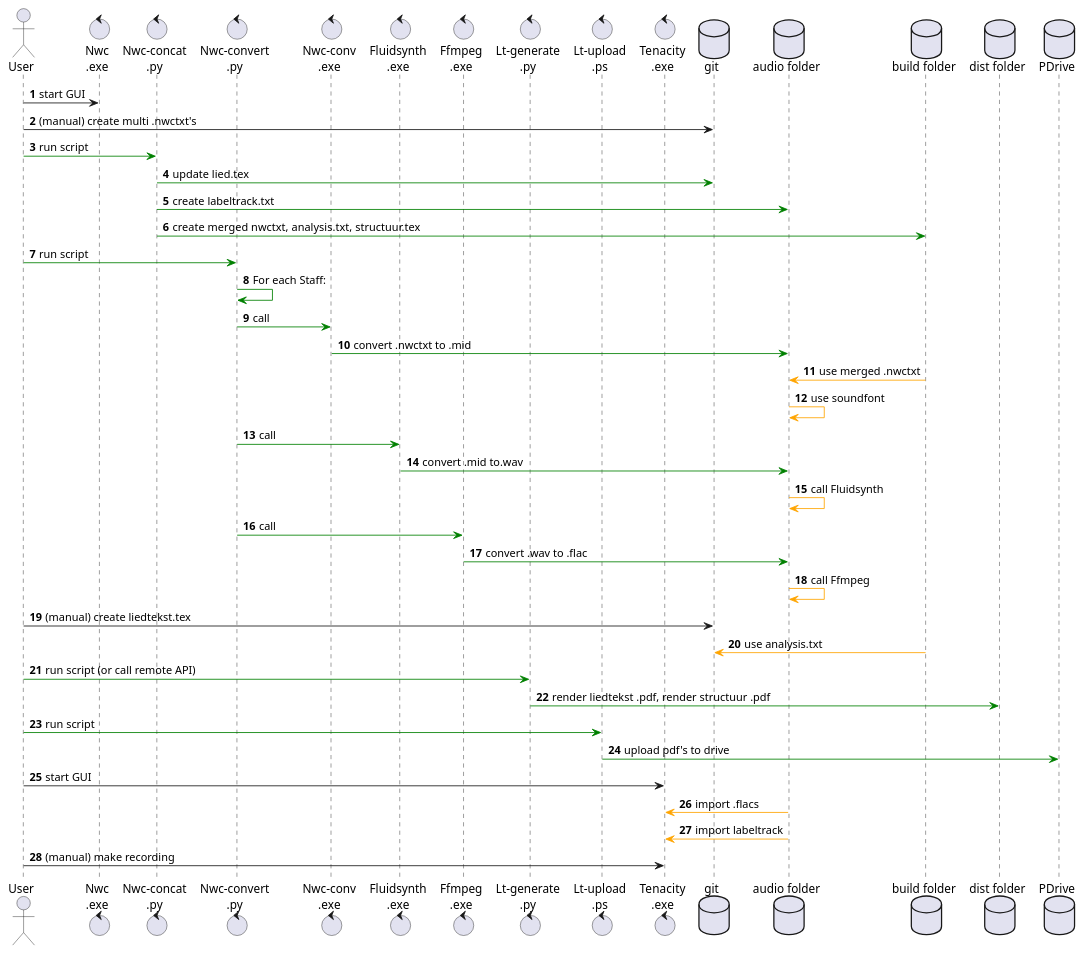
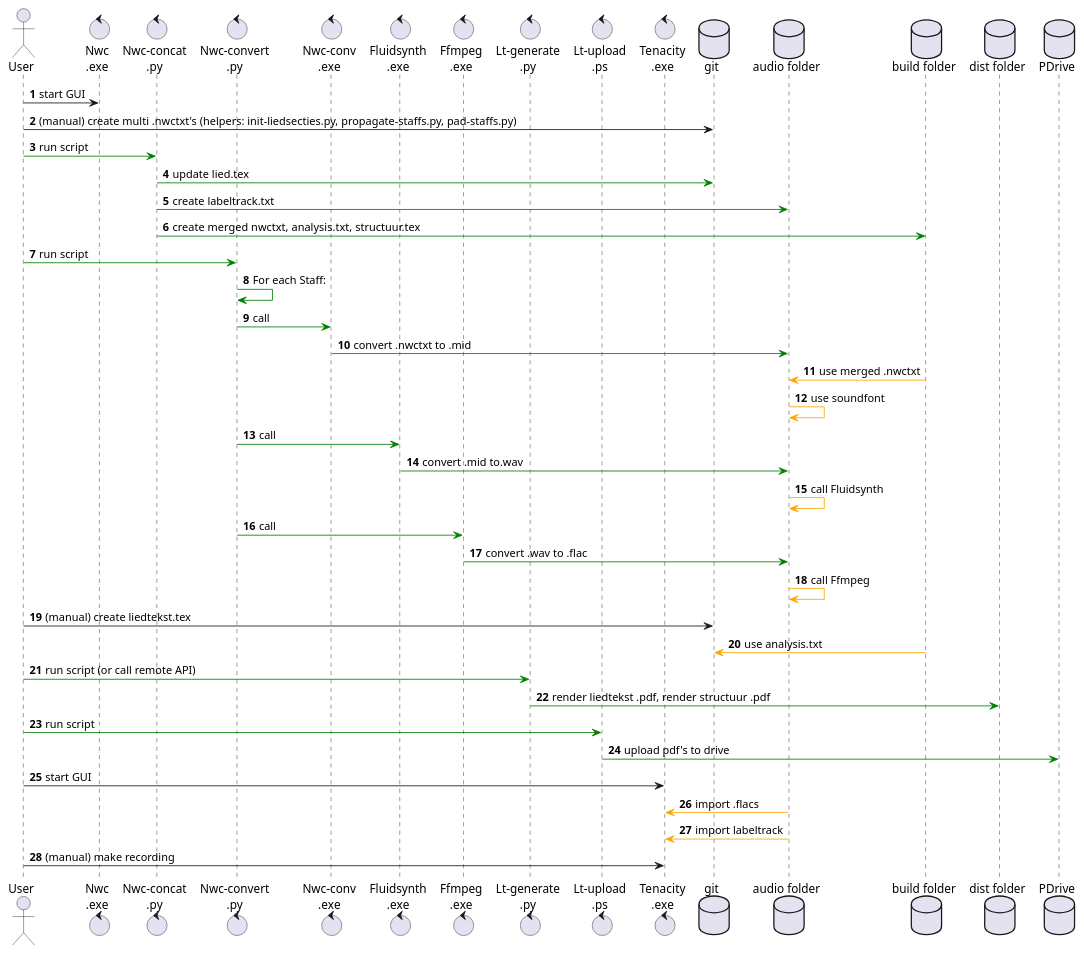
Before and after one commit to real70discohits/liedteksten-code: the diagram in project/muziekproductie-workflow.pu, drawn with PlantUML. The commit also changed 1 other file, not shown here.

Commit message:
Update muziekprod schema

```diff
--- a/project/muziekproductie-workflow.pu
+++ b/project/muziekproductie-workflow.pu
@@ -1,58 +1,58 @@
 @startuml
 actor       User       as u1
 control     "Nwc\n.exe"     as nwc
 control     "Nwc-concat\n.py"      as nwconcpy
 control     "Nwc-convert\n.py"      as nwconvpy
 control     "Nwc-conv\n.exe"  as nwconvexe
 control     "Fluidsynth\n.exe"   as fluid
 control     "Ffmpeg\n.exe" as ffmpeg
 control     "Lt-generate\n.py" as ltgenerate
 control     "Lt-upload\n.ps"    as ltupload
 control     "Tenacity\n.exe"  as tenacity
 database    "git" as repos
 database    "audio folder" as audio
 database    "build folder" as build
 database    "dist folder" as dist
 database    PDrive as pdrive
 
 autonumber
 u1 -> nwc : start GUI
-u1 -> repos: (manual) create multi .nwctxt's
+u1 -> repos: (manual) create multi .nwctxt's (helpers: init-liedsecties.py, propagate-staffs.py, pad-staffs.py)
 u1 -[#green]> nwconcpy : run script
 
 ' concat
 nwconcpy -[#green]> repos: update lied.tex
 nwconcpy -[#green]> audio : create labeltrack.txt
 nwconcpy -[#green]> build: create merged nwctxt, analysis.txt, structuur.tex
 
 ' convert
 u1 -[#green]> nwconvpy : run script
 nwconvpy -[#green]> nwconvpy: For each Staff:
 nwconvpy -[#green]> nwconvexe : call
 nwconvexe -[#green]> audio: convert .nwctxt to .mid
 build -[#orange]> audio: use merged .nwctxt
 audio -[#orange]> audio: use soundfont
 nwconvpy -[#green]> fluid : call
 fluid -[#green]> audio : convert .mid to.wav
 audio -[#orange]> audio: call Fluidsynth
 nwconvpy -[#green]> ffmpeg : call
 ffmpeg -[#green]> audio : convert .wav to .flac
 audio -[#orange]> audio: call Ffmpeg
 
 ' lyrics
 u1 -> repos: (manual) create liedtekst.tex
 build -[#orange]> repos: use analysis.txt
 
 u1 -[#green]> ltgenerate : run script (or call remote API)
 ltgenerate -[#green]> dist: render liedtekst .pdf, render structuur .pdf
 
 ' upload (in the near future, upload will be after record)
 u1 -[#green]> ltupload : run script
 ltupload -[#green]> pdrive : upload pdf's to drive
 
 ' record
 u1 -> tenacity : start GUI
 tenacity <[#orange]- audio : import .flacs 
 tenacity <[#orange]- audio : import labeltrack
 u1 -> tenacity : (manual) make recording
 @enduml
```
